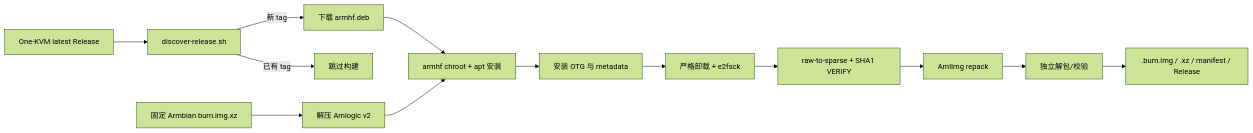
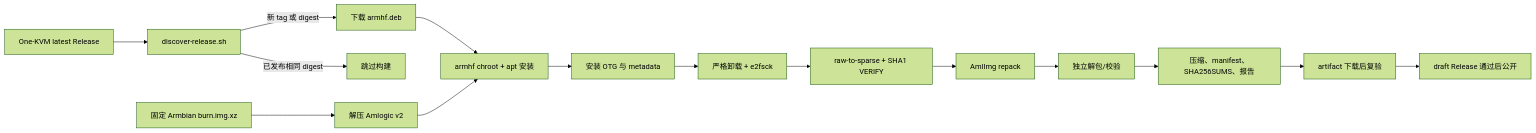
One commit to wuhao1477/ws1608-one-kvm-builder changed the diagram in docs/architecture.md. Above: the diagram before and after it, drawn with Mermaid (forest theme). The commit also changed other lines of this file and 8 other files, not shown here.

````diff
--- a/docs/architecture.md
+++ b/docs/architecture.md
@@ -27,15 +27,17 @@
 ```mermaid
 flowchart LR
   A[One-KVM latest Release] --> B[discover-release.sh]
-  B -->|新 tag| C[下载 armhf.deb]
-  B -->|已有 tag| S[跳过构建]
+  B -->|新 tag 或 digest| C[下载 armhf.deb]
+  B -->|已发布相同 digest| S[跳过构建]
   D[固定 Armbian burn.img.xz] --> E[解压 Amlogic v2]
   C --> F[armhf chroot + apt 安装]
   E --> F
   F --> G[安装 OTG 与 metadata]
   G --> H[严格卸载 + e2fsck]
   H --> I[raw-to-sparse + SHA1 VERIFY]
   I --> J[AmlImg repack]
   J --> K[独立解包/校验]
-  K --> L[.burn.img / .xz / manifest / Release]
+  K --> M[压缩、manifest、SHA256SUMS、报告]
+  M --> N[artifact 下载后复验]
+  N --> L[draft Release 通过后公开]
 ```
````
